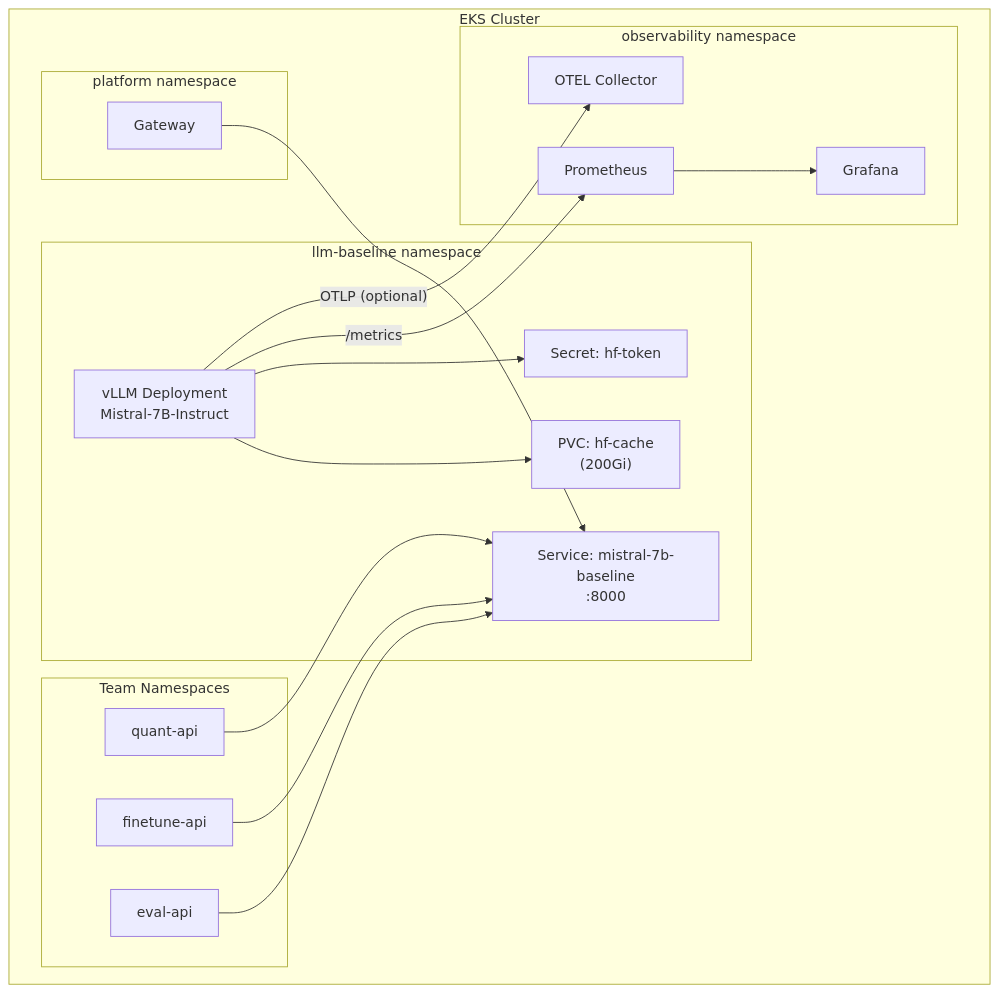
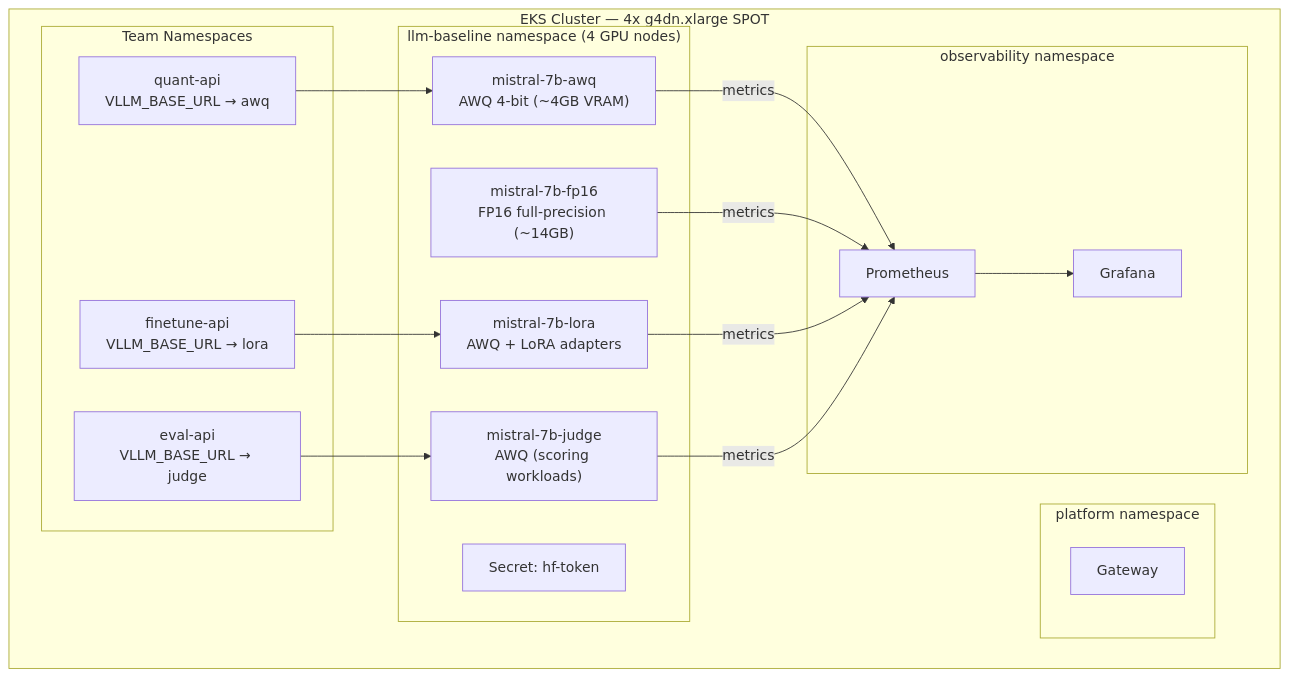
Before and after one commit to Lumin33r/llm-optimization-platform: the first of 3 diagrams in docs/design-10-models.md, drawn with Mermaid. The commit also changed other lines of this file and 16 other files, not shown here.

First line of the commit message:
feat: 4-model architecture on SPOT GPU nodes

````diff
--- a/docs/design-10-models.md
+++ b/docs/design-10-models.md
@@ -50,39 +52,37 @@
 ```mermaid
 flowchart TB
-    subgraph eks["EKS Cluster"]
-        subgraph baseline_ns["llm-baseline namespace"]
-            vllm["vLLM Deployment<br/>Mistral-7B-Instruct"]
-            pvc["PVC: hf-cache<br/>(200Gi)"]
+    subgraph eks["EKS Cluster — 4x g4dn.xlarge SPOT"]
+        subgraph baseline_ns["llm-baseline namespace (4 GPU nodes)"]
+            awq["mistral-7b-awq<br/>AWQ 4-bit (~4GB VRAM)"]
+            fp16["mistral-7b-fp16<br/>FP16 full-precision (~14GB)"]
+            lora["mistral-7b-lora<br/>AWQ + LoRA adapters"]
+            judge["mistral-7b-judge<br/>AWQ (scoring workloads)"]
             secret["Secret: hf-token"]
-            svc["Service: mistral-7b-baseline<br/>:8000"]
         end
 
         subgraph platform_ns["platform namespace"]
             gateway["Gateway"]
         end
 
         subgraph team_ns["Team Namespaces"]
-            quant["quant-api"]
-            finetune["finetune-api"]
-            eval["eval-api"]
+            quant["quant-api<br/>VLLM_BASE_URL → awq"]
+            finetune["finetune-api<br/>VLLM_BASE_URL → lora"]
+            eval["eval-api<br/>VLLM_BASE_URL → judge"]
         end
 
         subgraph observability_ns["observability namespace"]
-            otel["OTEL Collector"]
             prometheus["Prometheus"]
             grafana["Grafana"]
         end
     end
 
-    gateway --> svc
-    quant --> svc
-    finetune --> svc
-    eval --> svc
+    quant --> awq
+    finetune --> lora
+    eval --> judge
 
-    vllm --> pvc
-    vllm --> secret
-
-    vllm -->|"/metrics"| prometheus
-    vllm -->|"OTLP (optional)"| otel
+    awq -->|"metrics"| prometheus
+    fp16 -->|"metrics"| prometheus
+    lora -->|"metrics"| prometheus
+    judge -->|"metrics"| prometheus
     prometheus --> grafana
 ```
````
